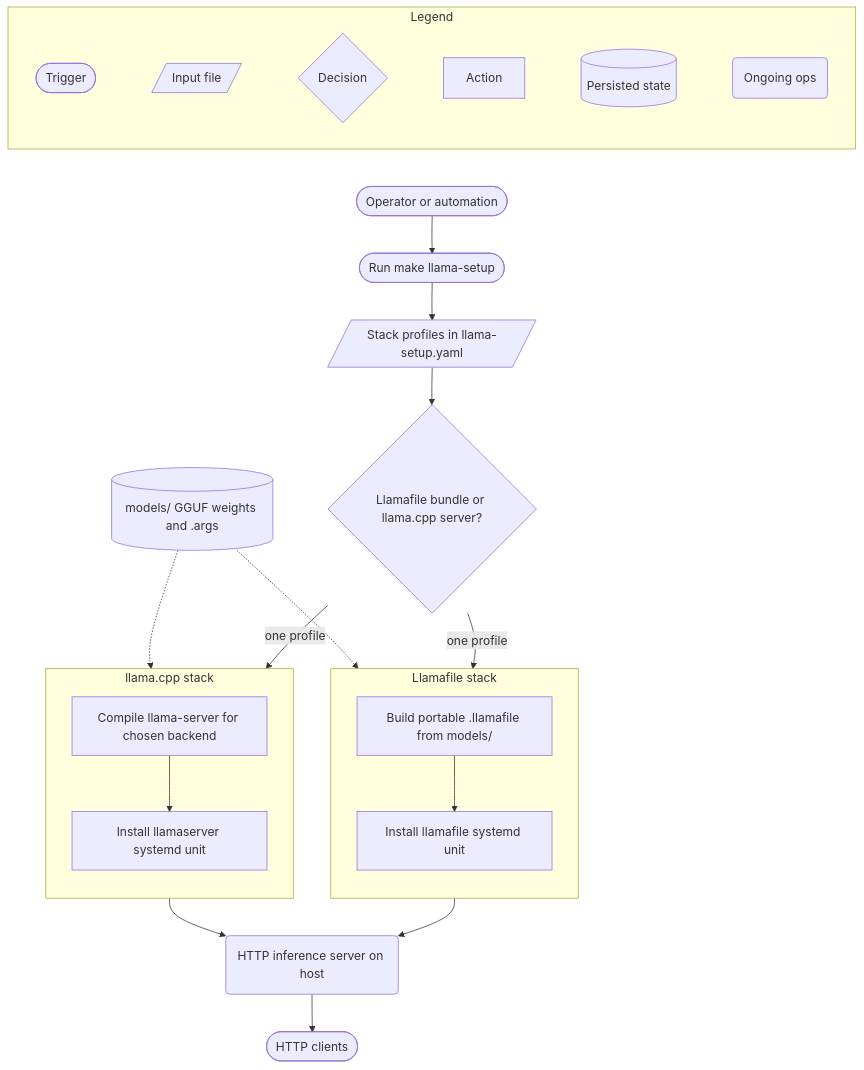
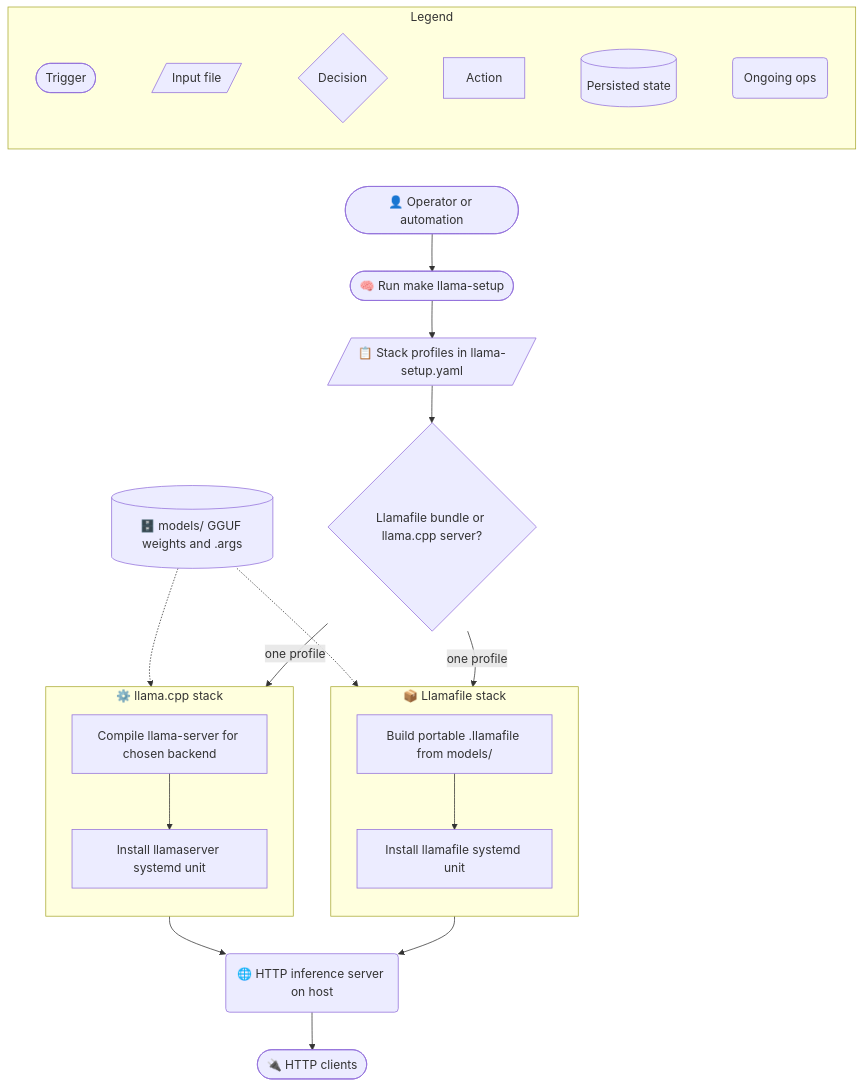
Before and after one commit to Independent-AI-Labs/WORKSPACE-VM: the first of 4 diagrams in README.md, drawn with Mermaid. The commit also changed other lines of this file and 11 other files, not shown here.

First line of the commit message:
docs: expand README subsystem overview with Unicode diagrams

````diff
--- a/README.md
+++ b/README.md
@@ -91,42 +93,42 @@
 ```mermaid
 flowchart TB
   subgraph legend [Legend]
     direction LR
     legTrigger([Trigger]) ~~~ legInput[/Input file/] ~~~ legDecision{Decision} ~~~ legAction[Action] ~~~ legStore[(Persisted state)] ~~~ legOngoing(Ongoing ops)
   end
 
   legOngoing ~~~ operator
 
-  operator([Operator or automation])
-  launch([Run make llama-setup])
-  profiles[/Stack profiles in llama-setup.yaml/]
+  operator(["👤 Operator or automation"])
+  launch(["🧠 Run make llama-setup"])
+  profiles[/"📋 Stack profiles in llama-setup.yaml"/]
 
   pick{Llamafile bundle or llama.cpp server?}
 
-  subgraph llamafileStack [Llamafile stack]
+  subgraph llamafileStack ["📦 Llamafile stack"]
     direction TB
     bundleLf[Build portable .llamafile from models/]
     deployLf[Install llamafile systemd unit]
     bundleLf --> deployLf
   end
 
-  subgraph llamaCppStack [llama.cpp stack]
+  subgraph llamaCppStack ["⚙️ llama.cpp stack"]
     direction TB
     buildCpp[Compile llama-server for chosen backend]
     deployCpp[Install llamaserver systemd unit]
     buildCpp --> deployCpp
   end
 
-  weights[(models/ GGUF weights and .args)]
-  server(HTTP inference server on host)
-  clients([HTTP clients])
+  weights[("🗄️ models/ GGUF weights and .args")]
+  server("🌐 HTTP inference server on host")
+  clients(["🔌 HTTP clients"])
 
   operator --> launch --> profiles --> pick
   pick -->|one profile| llamafileStack
   pick -->|one profile| llamaCppStack
   weights -.-> bundleLf
   weights -.-> buildCpp
   deployLf --> server
   deployCpp --> server
   server --> clients
 ```
````
